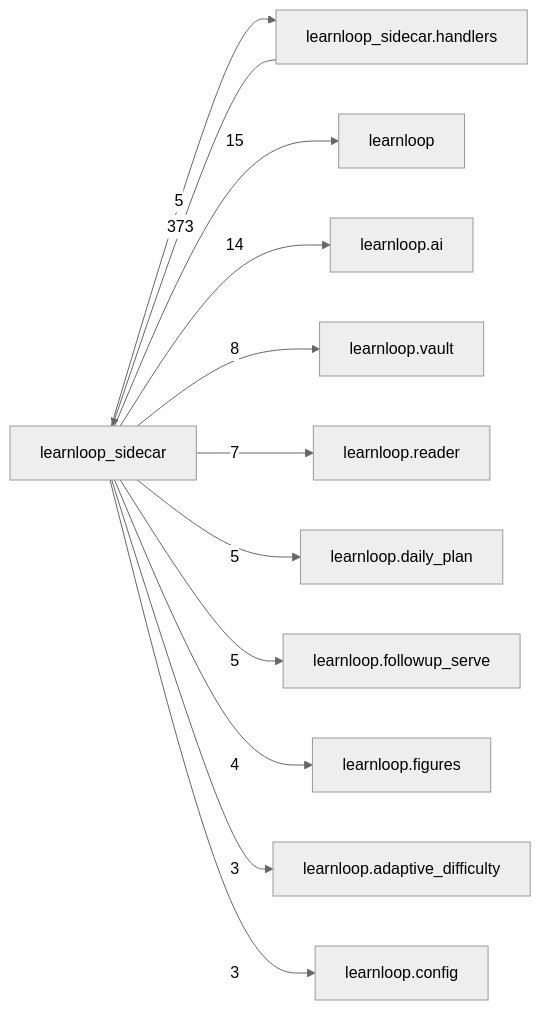
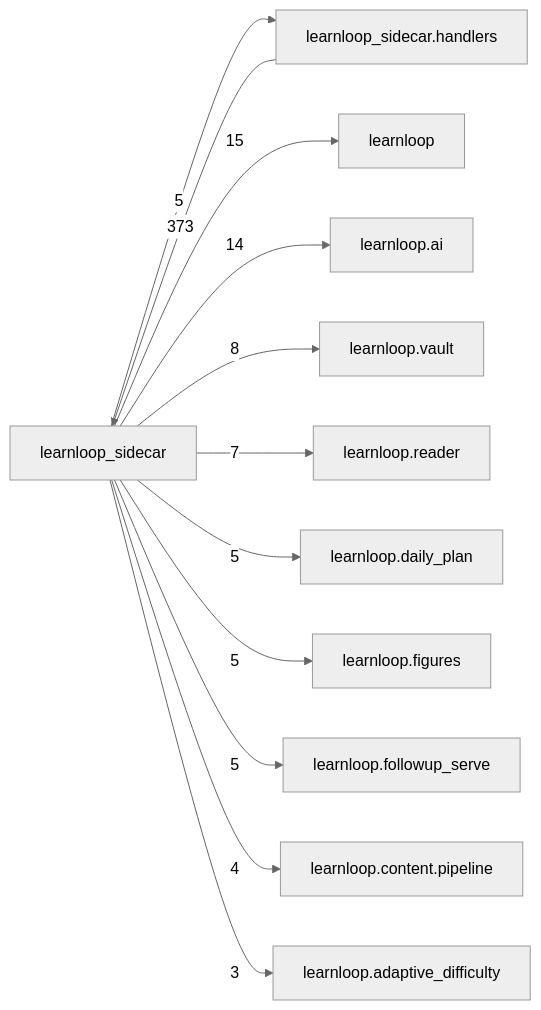
One commit to 6up-b/learnanything changed the diagram in docs/learnloop-architecture-vault/Reference/Modules/learnloop_sidecar/_package.md. Above: the diagram before and after it, drawn with Mermaid (neutral theme). The commit also changed other lines of this file and 90 other files, not shown here.

````diff
--- a/docs/learnloop-architecture-vault/Reference/Modules/learnloop_sidecar/_package.md
+++ b/docs/learnloop-architecture-vault/Reference/Modules/learnloop_sidecar/_package.md
@@ -133,25 +133,25 @@
 ```mermaid
 flowchart LR
     center["learnloop_sidecar"]
     n_learnloop_sidecar_handlers["learnloop_sidecar.handlers"]
     n_learnloop["learnloop"]
     n_learnloop_ai["learnloop.ai"]
     n_learnloop_vault["learnloop.vault"]
     n_learnloop_reader["learnloop.reader"]
     n_learnloop_daily_plan["learnloop.daily_plan"]
+    n_learnloop_figures["learnloop.figures"]
     n_learnloop_followup_serve["learnloop.followup_serve"]
-    n_learnloop_figures["learnloop.figures"]
+    n_learnloop_content_pipeline["learnloop.content.pipeline"]
     n_learnloop_adaptive_difficulty["learnloop.adaptive_difficulty"]
-    n_learnloop_config["learnloop.config"]
     n_learnloop_sidecar_handlers -->|373| center
     center -->|5| n_learnloop_sidecar_handlers
     center -->|15| n_learnloop
     center -->|14| n_learnloop_ai
     center -->|8| n_learnloop_vault
     center -->|7| n_learnloop_reader
     center -->|5| n_learnloop_daily_plan
+    center -->|5| n_learnloop_figures
     center -->|5| n_learnloop_followup_serve
-    center -->|4| n_learnloop_figures
+    center -->|4| n_learnloop_content_pipeline
     center -->|3| n_learnloop_adaptive_difficulty
-    center -->|3| n_learnloop_config
 ```
````
